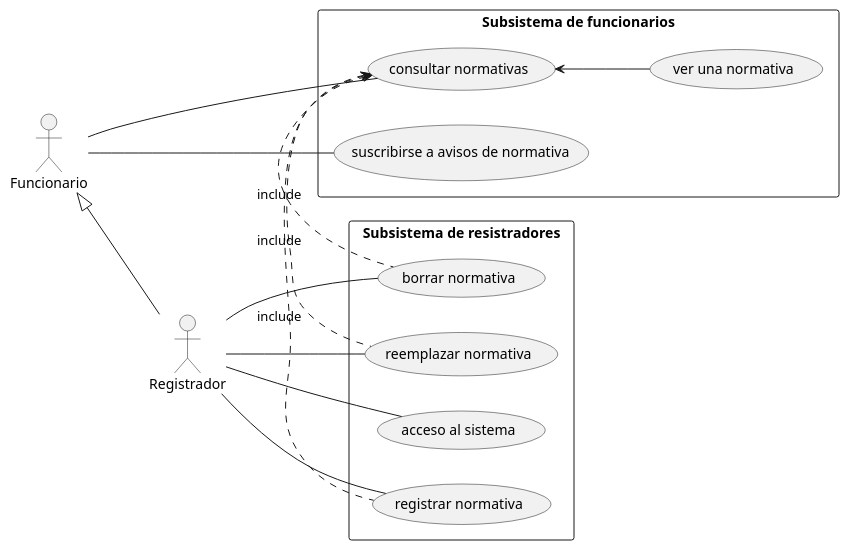
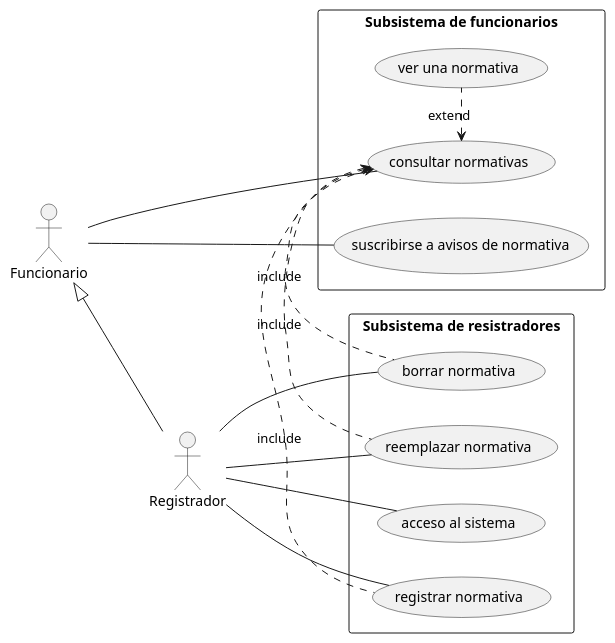
The diagram in usecase/normativas.puml (urbaneeex/UML), drawn with PlantUML before and after one commit.

Commit message:
Diagrama normativas exclude

```diff
--- a/usecase/normativas.puml
+++ b/usecase/normativas.puml
@@ -1,26 +1,26 @@
 @startuml normativas
 left to right direction
 skinparam packageStyle rectangle
 actor Funcionario
 actor Registrador
 
 Funcionario <|-- Registrador
 
 rectangle "Subsistema de funcionarios" {
   Funcionario -- (suscribirse a avisos de normativa)
   Funcionario -- (consultar normativas)
-  (consultar normativas) <-- (ver una normativa)
+  (consultar normativas) <. (ver una normativa) : extend
 }
 
 rectangle "Subsistema de resistradores" {
   Registrador -- (registrar normativa)
   Registrador -- (borrar normativa)
   Registrador -- (reemplazar normativa)
   Registrador -- (acceso al sistema)
 }
 
 (consultar normativas) <. (registrar normativa) : include
 (consultar normativas) <. (borrar normativa) : include
 (consultar normativas) <. (reemplazar normativa) : include
 
 @enduml
```
